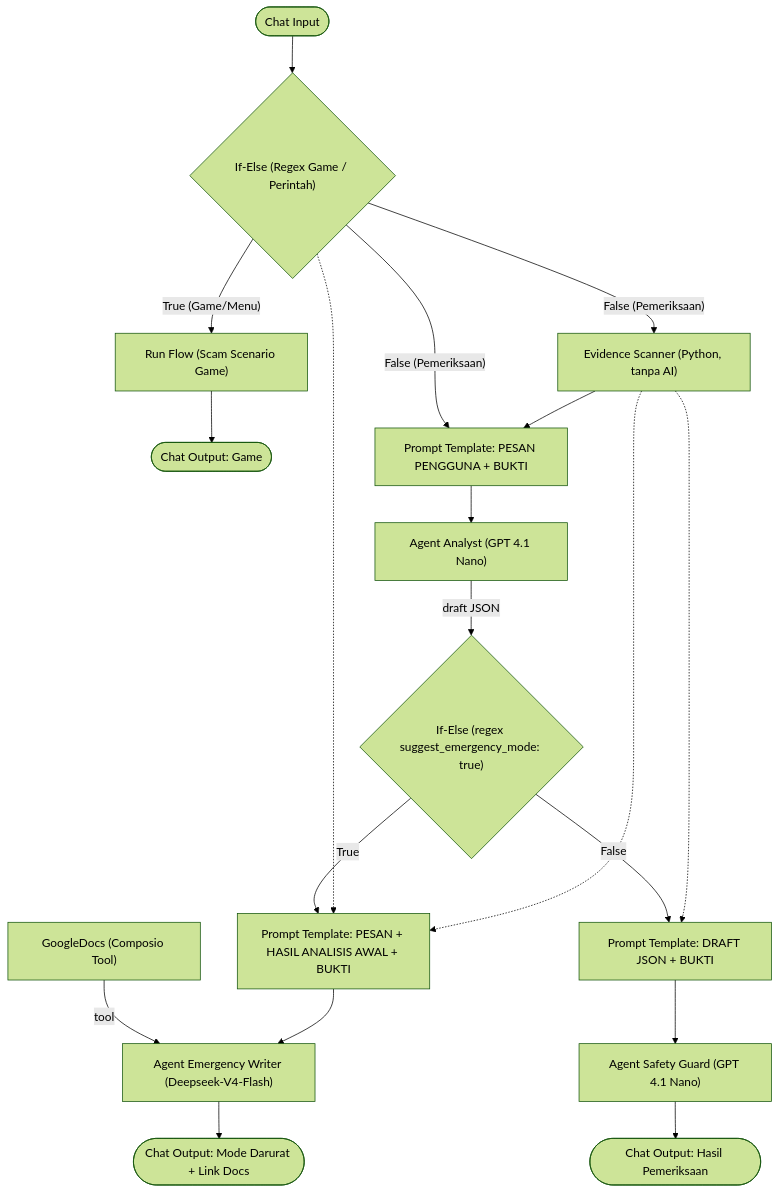
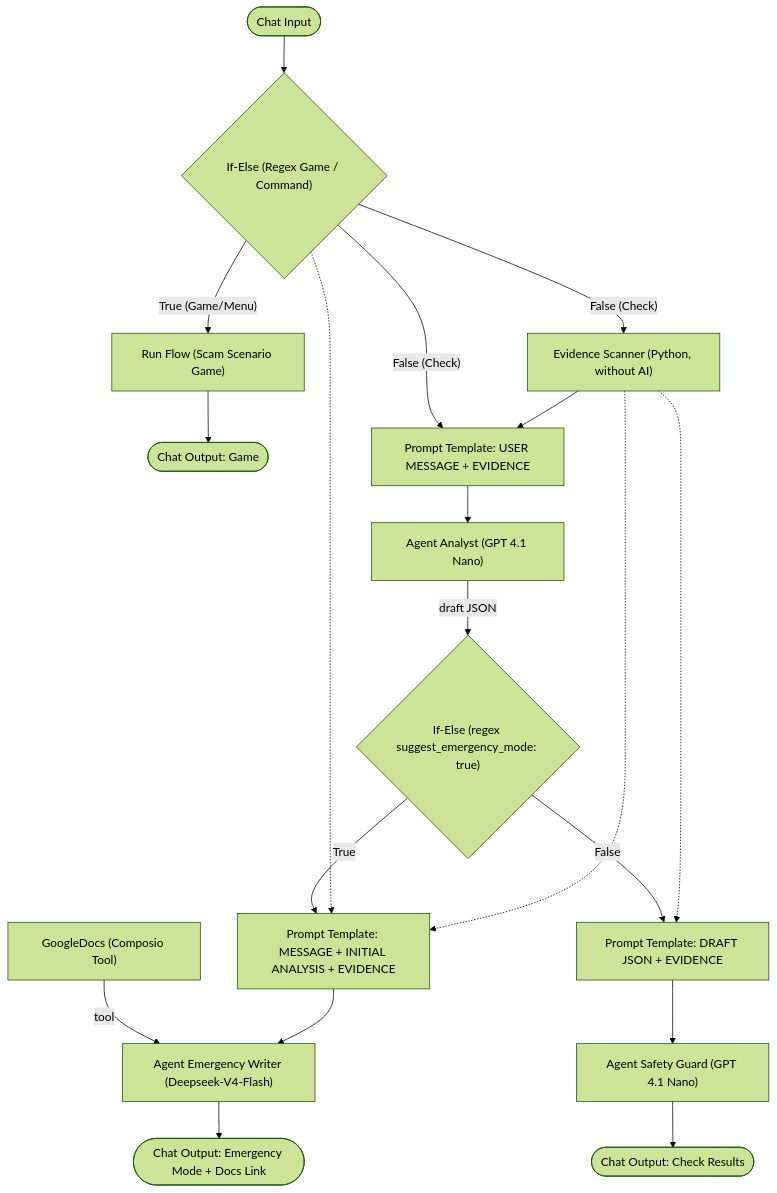
The first of 2 diagrams in README.md (ARQ31/Golden-Hour), drawn with Mermaid (forest theme) before and after one commit. The commit also changed other lines of this file, not shown here.

````diff
--- a/README.md
+++ b/README.md
@@ -24,28 +24,28 @@
 ```mermaid
 flowchart TD
-    CI(["Chat Input"]) --> RouterGame{"If-Else (Regex Game / Perintah)"}
+    CI(["Chat Input"]) --> RouterGame{"If-Else (Regex Game / Command)"}
 
     RouterGame -->|"True (Game/Menu)"| RF["Run Flow (Scam Scenario Game)"]
     RF --> CO_Game(["Chat Output: Game"])
 
-    RouterGame -->|"False (Pemeriksaan)"| ES["Evidence Scanner (Python, tanpa AI)"]
-    RouterGame -->|"False (Pemeriksaan)"| PT1["Prompt Template: PESAN PENGGUNA + BUKTI"]
+    RouterGame -->|"False (Check)"| ES["Evidence Scanner (Python, without AI)"]
+    RouterGame -->|"False (Check)"| PT1["Prompt Template: USER MESSAGE + EVIDENCE"]
     ES --> PT1
 
     PT1 --> AA["Agent Analyst (GPT 4.1 Nano)"]
     AA -->|"draft JSON"| IF{"If-Else (regex suggest_emergency_mode: true)"}
 
-    IF -->|"True"| PTE["Prompt Template: PESAN + HASIL ANALISIS AWAL + BUKTI"]
-    IF -->|"False"| PTS["Prompt Template: DRAFT JSON + BUKTI"]
+    IF -->|"True"| PTE["Prompt Template: MESSAGE + INITIAL ANALYSIS + EVIDENCE"]
+    IF -->|"False"| PTS["Prompt Template: DRAFT JSON + EVIDENCE"]
 
     RouterGame -.-> PTE
     ES -.-> PTE
     ES -.-> PTS
 
     Composio["GoogleDocs (Composio Tool)"] -->|"tool"| AEW["Agent Emergency Writer (Deepseek-V4-Flash)"]
     PTE --> AEW
     PTS --> ASG["Agent Safety Guard (GPT 4.1 Nano)"]
 
-    AEW --> CO1(["Chat Output: Mode Darurat + Link Docs"])
-    ASG --> CO2(["Chat Output: Hasil Pemeriksaan"])
+    AEW --> CO1(["Chat Output: Emergency Mode + Docs Link"])
+    ASG --> CO2(["Chat Output: Check Results"])
 ```
````
